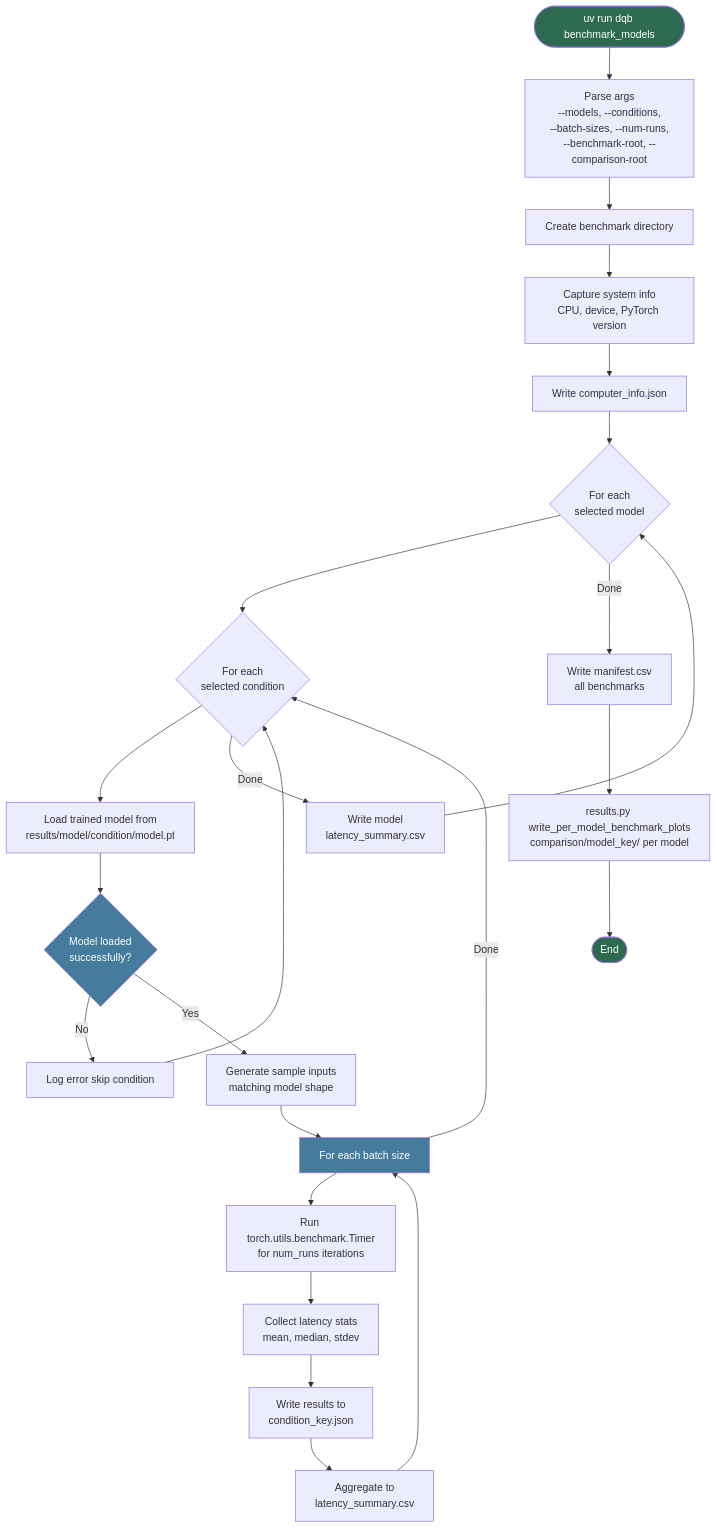
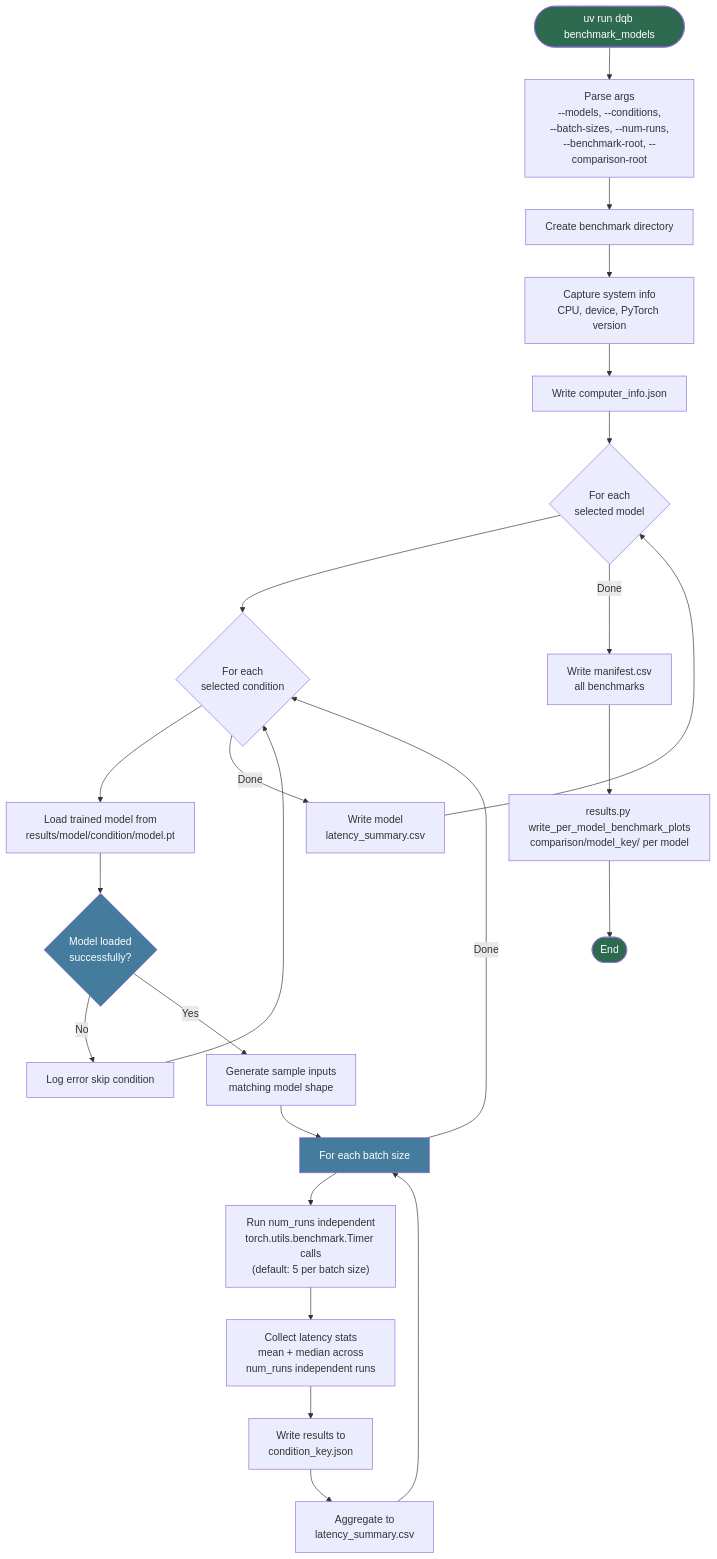
The sixth of 7 diagrams in information/CLI_DIAGRAMS.md (VG-Fish/PerforatedAI-Quantization-Experiment), drawn with Mermaid before and after one commit. The commit also changed other lines of this file and 4 other files, not shown here.

Commit message:
updated uv run dqb benchmark_models command

````diff
--- a/information/CLI_DIAGRAMS.md
+++ b/information/CLI_DIAGRAMS.md
@@ -251,31 +251,31 @@
 ```mermaid
 flowchart TD
     A([uv run dqb benchmark_models]) --> B["Parse args<br>--models, --conditions,<br>--batch-sizes, --num-runs,<br>--benchmark-root, --comparison-root"]
     B --> C["Create benchmark directory"]
     C --> D["Capture system info<br>CPU, device, PyTorch version"]
     D --> E["Write computer_info.json"]
     E --> F{"For each<br>selected model"}
     F --> G{"For each<br>selected condition"}
     G --> H["Load trained model from<br>results/model/condition/model.pt"]
     H --> I{"Model loaded<br>successfully?"}
     I -->|No| J["Log error skip condition"]
     I -->|Yes| K["Generate sample inputs<br>matching model shape"]
     K --> L["For each batch size"]
-    L --> M["Run torch.utils.benchmark.Timer<br>for num_runs iterations"]
-    M --> N["Collect latency stats<br>mean, median, stdev"]
+    L --> M["Run num_runs independent<br>torch.utils.benchmark.Timer calls<br>(default: 5 per batch size)"]
+    M --> N["Collect latency stats<br>mean + median across<br>num_runs independent runs"]
     N --> O["Write results to<br>condition_key.json"]
     O --> P["Aggregate to<br>latency_summary.csv"]
     P --> L
     L -->|Done| G
     J --> G
     G -->|Done| Q["Write model<br>latency_summary.csv"]
     Q --> F
     F -->|Done| R["Write manifest.csv<br>all benchmarks"]
     R --> S["results.py write_per_model_benchmark_plots<br>comparison/model_key/ per model"]
     S --> ZZ([End])
 
     style A fill:#2d6a4f,color:#fff
     style ZZ fill:#2d6a4f,color:#fff
     style I fill:#457b9d,color:#fff
     style L fill:#457b9d,color:#fff
 ```
````
